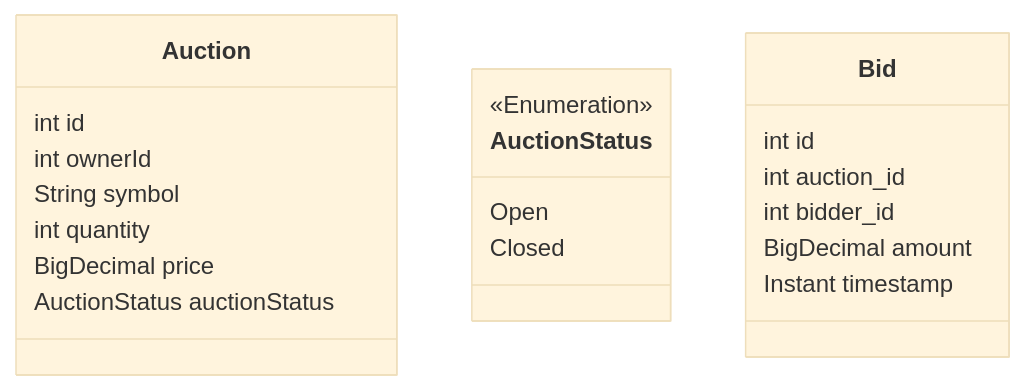
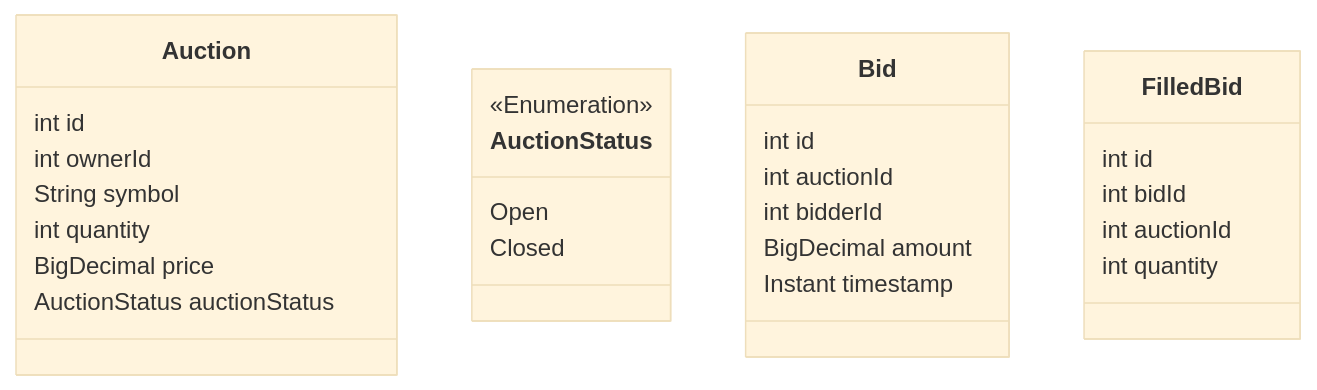
The second of 4 diagrams in docs/class.md (grancalavera/auction-house), drawn with Mermaid (base theme) before and after one commit.

Commit message:
scratching the surface for reports

````diff
--- a/docs/class.md
+++ b/docs/class.md
@@ -85,26 +85,34 @@
 ```mermaid
 classDiagram
 
 class Auction {
   int id
   int ownerId
   String symbol
   int quantity
   BigDecimal price
   AuctionStatus auctionStatus
 }
 
 class AuctionStatus {
   <<Enumeration>>
   Open
   Closed
 }
 
 class Bid {
   int id
-  int auction_id
-  int bidder_id
+  int auctionId
+  int bidderId
   BigDecimal amount
   Instant timestamp
 }
+
+
+class FilledBid {
+  int id
+  int bidId
+  int auctionId
+  int quantity
+}
 ```
````
